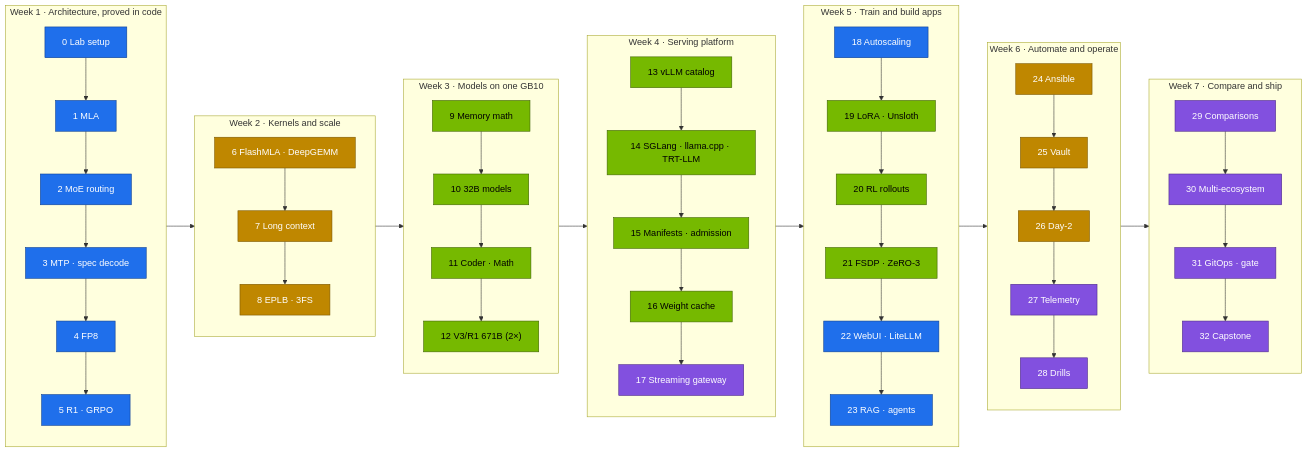
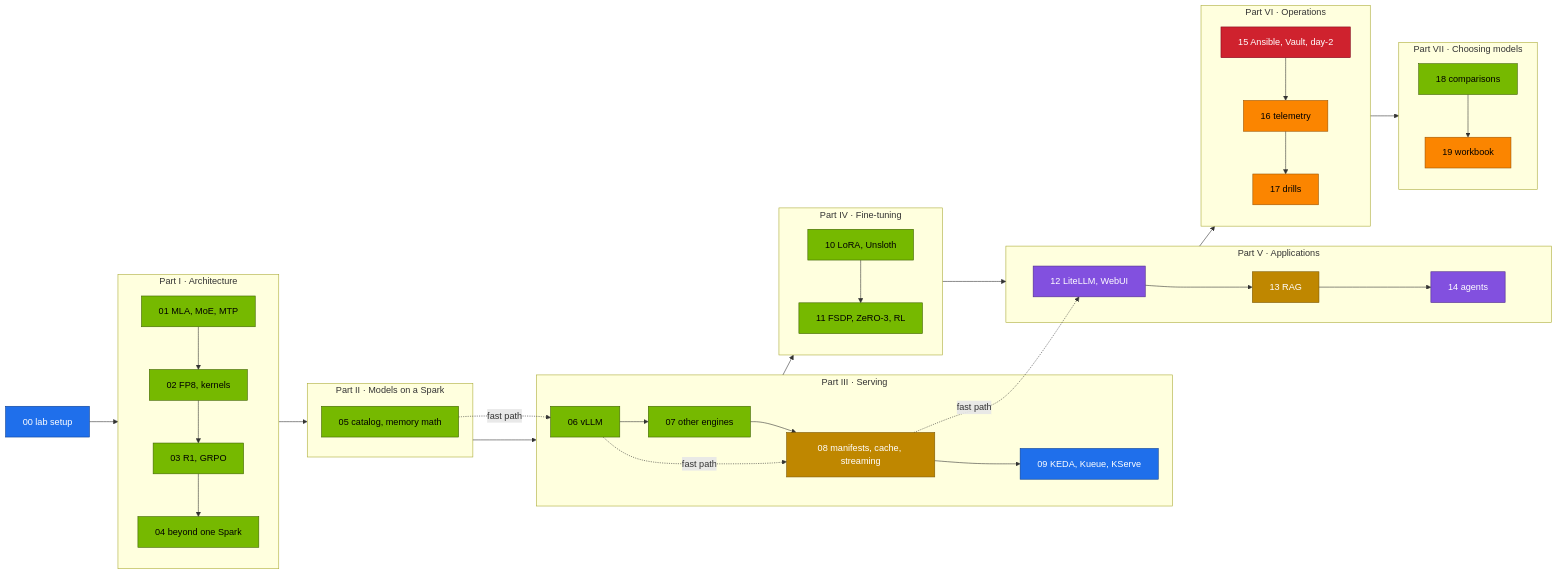
One commit to cloudone365/technical-depth changed the diagram in 03-DeepSeek/00-deepseek-step-by-step-guide.md. Above: the diagram before and after it, drawn with Mermaid. The commit also changed other lines of this file and 236 other files, not shown here.

First line of the commit message:
03-DeepSeek 41 → 19 chapters and 04-Qwen 26 → 14 chapters on the current platform, new 04 lab

````diff
--- a/03-DeepSeek/00-deepseek-step-by-step-guide.md
+++ b/03-DeepSeek/00-deepseek-step-by-step-guide.md
@@ -5,38 +142,41 @@
 ```mermaid
 flowchart LR
-  subgraph W1["Week 1 · Architecture, proved in code"]
-    A0["0 Lab setup"] --> A1["1 MLA"] --> A2["2 MoE routing"] --> A3["3 MTP · spec decode"] --> A4["4 FP8"] --> A5["5 R1 · GRPO"]
+  S00[00 lab setup]
+  subgraph P1["Part I · Architecture"]
+    S01[01 MLA, MoE, MTP] --> S02[02 FP8, kernels] --> S03[03 R1, GRPO] --> S04[04 beyond one Spark]
   end
-  subgraph W2["Week 2 · Kernels and scale"]
-    B1["6 FlashMLA · DeepGEMM"] --> B2["7 Long context"] --> B3["8 EPLB · 3FS"]
+  subgraph P2["Part II · Models on a Spark"]
+    S05[05 catalog, memory math]
   end
-  subgraph W3["Week 3 · Models on one GB10"]
-    C1["9 Memory math"] --> C2["10 32B models"] --> C3["11 Coder · Math"] --> C4["12 V3/R1 671B (2×)"]
+  subgraph P3["Part III · Serving"]
+    S06[06 vLLM] --> S07[07 other engines] --> S08[08 manifests, cache, streaming] --> S09[09 KEDA, Kueue, KServe]
   end
-  subgraph W4["Week 4 · Serving platform"]
-    D1["13 vLLM catalog"] --> D2["14 SGLang · llama.cpp · TRT-LLM"] --> D3["15 Manifests · admission"] --> D4["16 Weight cache"] --> D5["17 Streaming gateway"]
+  subgraph P4["Part IV · Fine-tuning"]
+    S10[10 LoRA, Unsloth] --> S11[11 FSDP, ZeRO-3, RL]
   end
-  subgraph W5["Week 5 · Train and build apps"]
-    E1["18 Autoscaling"] --> E2["19 LoRA · Unsloth"] --> E3["20 RL rollouts"] --> E4["21 FSDP · ZeRO-3"] --> E5["22 WebUI · LiteLLM"] --> E6["23 RAG · agents"]
+  subgraph P5["Part V · Applications"]
+    S12[12 LiteLLM, WebUI] --> S13[13 RAG] --> S14[14 agents]
   end
-  subgraph W6["Week 6 · Automate and operate"]
-    F1["24 Ansible"] --> F2["25 Vault"] --> F3["26 Day-2"] --> F4["27 Telemetry"] --> F5["28 Drills"]
+  subgraph P6["Part VI · Operations"]
+    S15[15 Ansible, Vault, day-2] --> S16[16 telemetry] --> S17[17 drills]
   end
-  subgraph W7["Week 7 · Compare and ship"]
-    G1["29 Comparisons"] --> G2["30 Multi-ecosystem"] --> G3["31 GitOps · gate"] --> G4["32 Capstone"]
+  subgraph P7["Part VII · Choosing models"]
+    S18[18 comparisons] --> S19[19 workbook]
   end
-  W1 --> W2 --> W3 --> W4 --> W5 --> W6 --> W7
+  S00 --> P1 --> P2 --> P3 --> P4 --> P5 --> P6 --> P7
+  S05 -. fast path .-> S06
+  S06 -. fast path .-> S08
+  S08 -. fast path .-> S12
   classDef ctrl fill:#1f6feb,stroke:#0b3d91,color:#fff
   classDef gpu fill:#76b900,stroke:#3d6000,color:#000
+  classDef net fill:#8250df,stroke:#4c2889,color:#fff
   classDef store fill:#bf8700,stroke:#7a5600,color:#fff
-  classDef net fill:#8250df,stroke:#4c2889,color:#fff
-  class A0,A1,A2,A3,A4,A5 ctrl
-  class B1,B2,B3 store
-  class C1,C2,C3,C4 gpu
-  class D1,D2,D3,D4 gpu
-  class D5 net
-  class E1,E5,E6 ctrl
-  class E2,E3,E4 gpu
-  class F1,F2,F3 store
-  class F4,F5,G1,G2,G3,G4 net
+  classDef obs fill:#fb8500,stroke:#9a5200,color:#000
+  classDef sec fill:#cf222e,stroke:#82071e,color:#fff
+  class S00,S09 ctrl
+  class S01,S02,S03,S04,S05,S06,S07,S10,S11,S18 gpu
+  class S12,S14 net
+  class S08,S13 store
+  class S16,S17,S19 obs
+  class S15 sec
 ```
````
